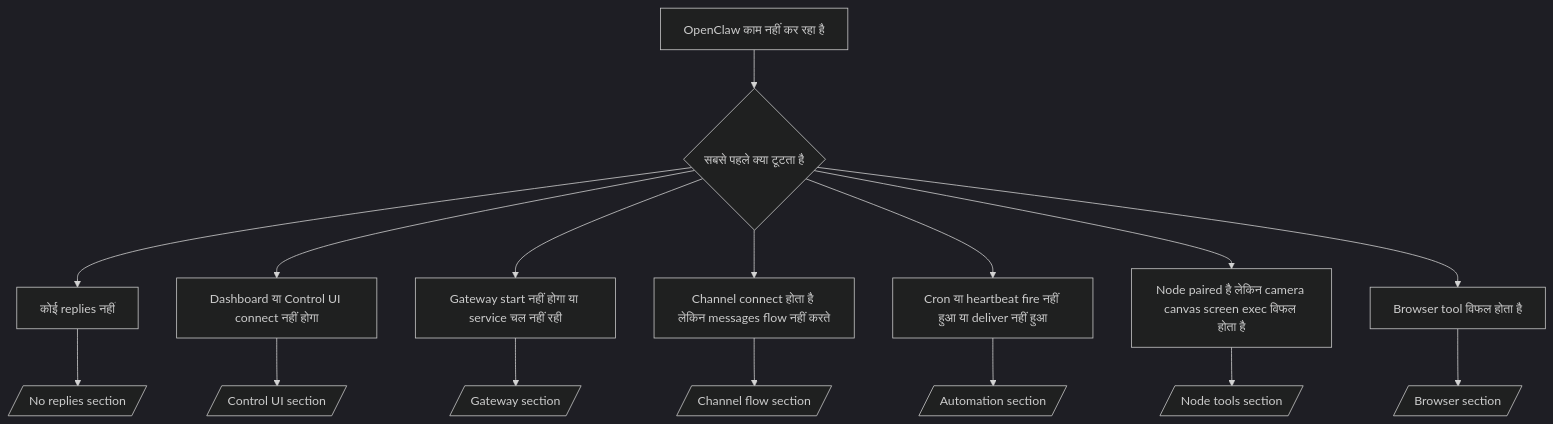
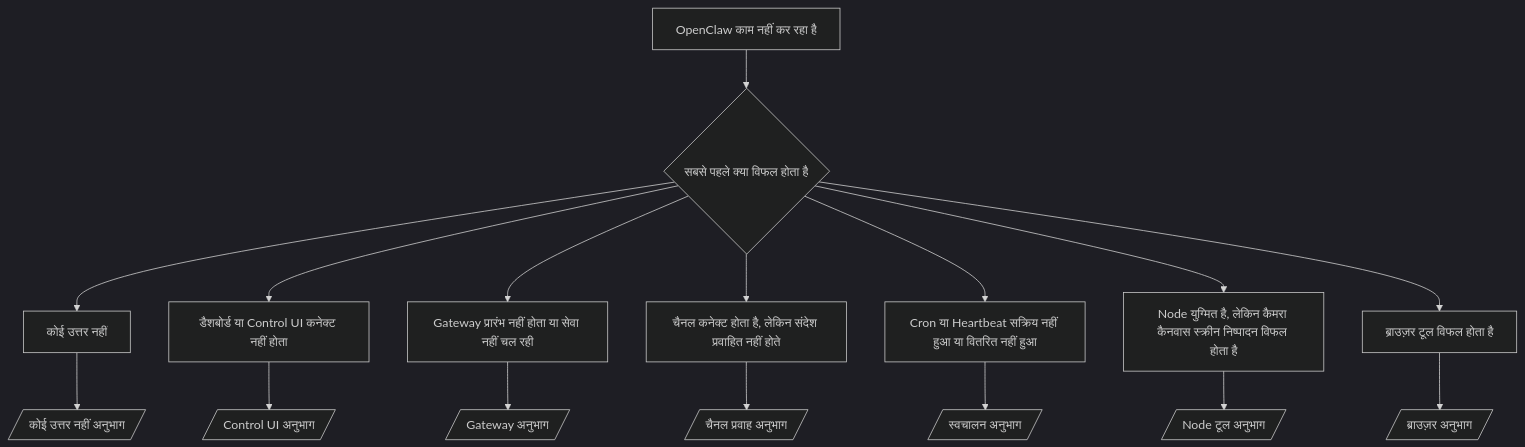
Before and after one commit to openclaw/docs: the diagram in docs/hi/help/troubleshooting.md, drawn with Mermaid (dark theme). The commit also changed other lines of this file and 6121 other files, not shown here.

````diff
--- a/docs/hi/help/troubleshooting.md
+++ b/docs/hi/help/troubleshooting.md
@@ -202,19 +192,19 @@
 ```mermaid
 flowchart TD
-  A[OpenClaw काम नहीं कर रहा है] --> B{सबसे पहले क्या टूटता है}
-  B --> C[कोई replies नहीं]
-  B --> D[Dashboard या Control UI connect नहीं होगा]
-  B --> E[Gateway start नहीं होगा या service चल नहीं रही]
-  B --> F[Channel connect होता है लेकिन messages flow नहीं करते]
-  B --> G[Cron या heartbeat fire नहीं हुआ या deliver नहीं हुआ]
-  B --> H[Node paired है लेकिन camera canvas screen exec विफल होता है]
-  B --> I[Browser tool विफल होता है]
+  A[OpenClaw काम नहीं कर रहा है] --> B{सबसे पहले क्या विफल होता है}
+  B --> C[कोई उत्तर नहीं]
+  B --> D[डैशबोर्ड या Control UI कनेक्ट नहीं होता]
+  B --> E[Gateway प्रारंभ नहीं होता या सेवा नहीं चल रही]
+  B --> F[चैनल कनेक्ट होता है, लेकिन संदेश प्रवाहित नहीं होते]
+  B --> G[Cron या Heartbeat सक्रिय नहीं हुआ या वितरित नहीं हुआ]
+  B --> H[Node युग्मित है, लेकिन कैमरा कैनवास स्क्रीन निष्पादन विफल होता है]
+  B --> I[ब्राउज़र टूल विफल होता है]
 
-  C --> C1[/No replies section/]
-  D --> D1[/Control UI section/]
-  E --> E1[/Gateway section/]
-  F --> F1[/Channel flow section/]
-  G --> G1[/Automation section/]
-  H --> H1[/Node tools section/]
-  I --> I1[/Browser section/]
+  C --> C1[/कोई उत्तर नहीं अनुभाग/]
+  D --> D1[/Control UI अनुभाग/]
+  E --> E1[/Gateway अनुभाग/]
+  F --> F1[/चैनल प्रवाह अनुभाग/]
+  G --> G1[/स्वचालन अनुभाग/]
+  H --> H1[/Node टूल अनुभाग/]
+  I --> I1[/ब्राउज़र अनुभाग/]
 ```
````
